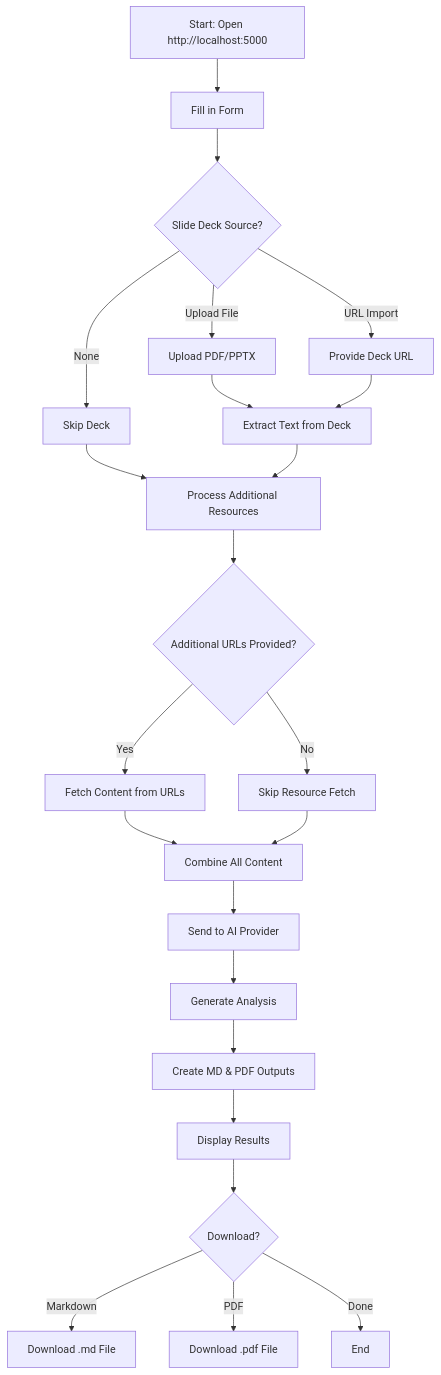
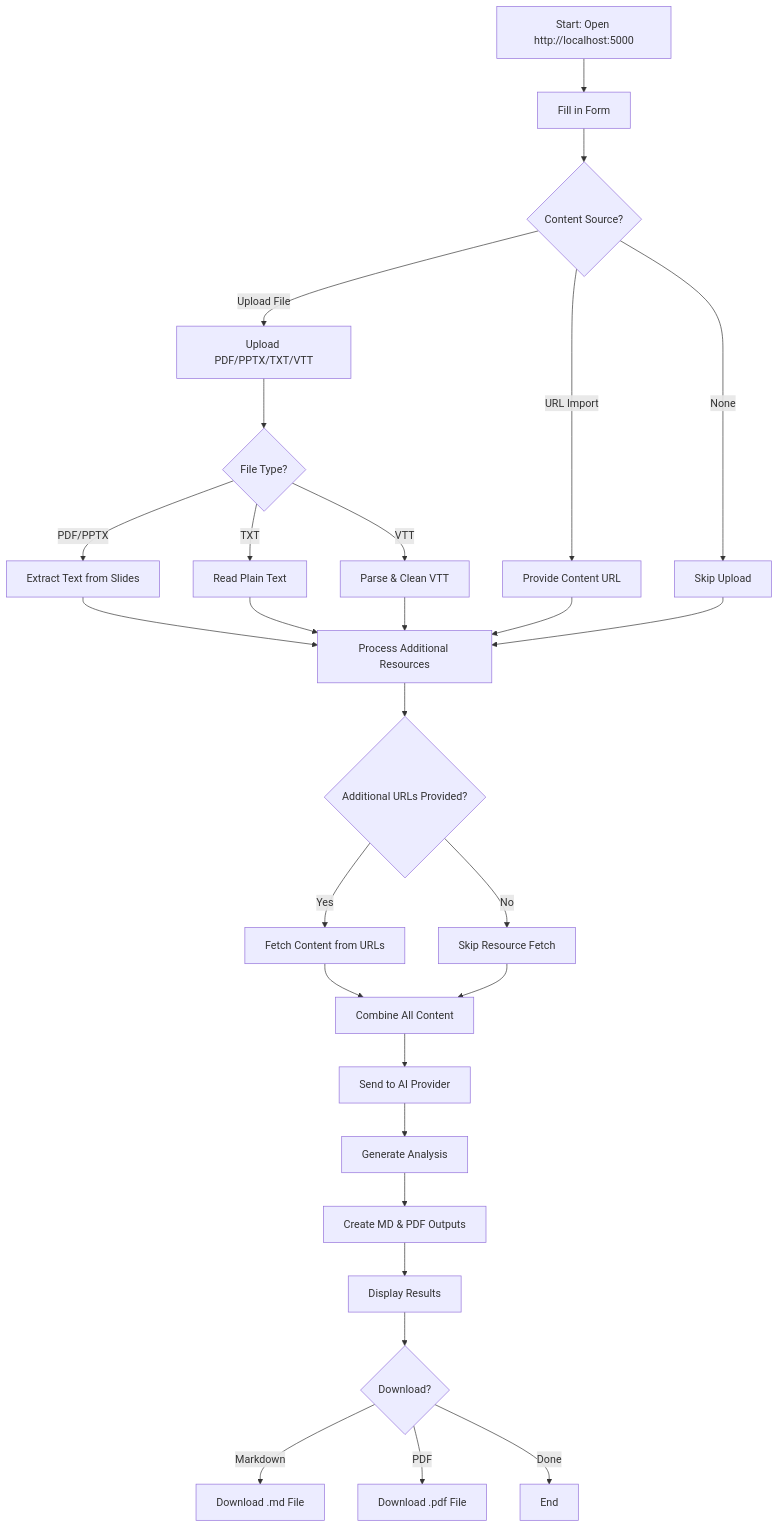
One commit to seanerama/Presentation-Intelligence-Tool changed the first of 4 diagrams in README.md. Above: the diagram before and after it, drawn with Mermaid. The commit also changed other lines of this file and 3 other files, not shown here.

First line of the commit message:
Add support for separate slide deck and transcript uploads

````diff
--- a/README.md
+++ b/README.md
@@ -158,25 +159,30 @@
 ```mermaid
 graph TD
     A[Start: Open http://localhost:5000] --> B[Fill in Form]
-    B --> C{Slide Deck Source?}
-    C -->|Upload File| D[Upload PDF/PPTX]
-    C -->|URL Import| E[Provide Deck URL]
-    C -->|None| F[Skip Deck]
-    D --> G[Extract Text from Deck]
-    E --> G
-    F --> H[Process Additional Resources]
-    G --> H
-    H --> I{Additional URLs Provided?}
-    I -->|Yes| J[Fetch Content from URLs]
-    I -->|No| K[Skip Resource Fetch]
-    J --> L[Combine All Content]
-    K --> L
-    L --> M[Send to AI Provider]
-    M --> N[Generate Analysis]
-    N --> O[Create MD & PDF Outputs]
-    O --> P[Display Results]
-    P --> Q{Download?}
-    Q -->|Markdown| R[Download .md File]
-    Q -->|PDF| S[Download .pdf File]
-    Q -->|Done| T[End]
+    B --> C{Content Source?}
+    C -->|Upload File| D[Upload PDF/PPTX/TXT/VTT]
+    C -->|URL Import| E[Provide Content URL]
+    C -->|None| F[Skip Upload]
+    D --> G{File Type?}
+    G -->|PDF/PPTX| H[Extract Text from Slides]
+    G -->|TXT| I[Read Plain Text]
+    G -->|VTT| J[Parse & Clean VTT]
+    H --> K[Process Additional Resources]
+    I --> K
+    J --> K
+    E --> K
+    F --> K
+    K --> L{Additional URLs Provided?}
+    L -->|Yes| M[Fetch Content from URLs]
+    L -->|No| N[Skip Resource Fetch]
+    M --> O[Combine All Content]
+    N --> O
+    O --> P[Send to AI Provider]
+    P --> Q[Generate Analysis]
+    Q --> R[Create MD & PDF Outputs]
+    R --> S[Display Results]
+    S --> T{Download?}
+    T -->|Markdown| U[Download .md File]
+    T -->|PDF| V[Download .pdf File]
+    T -->|Done| W[End]
 ```
````
